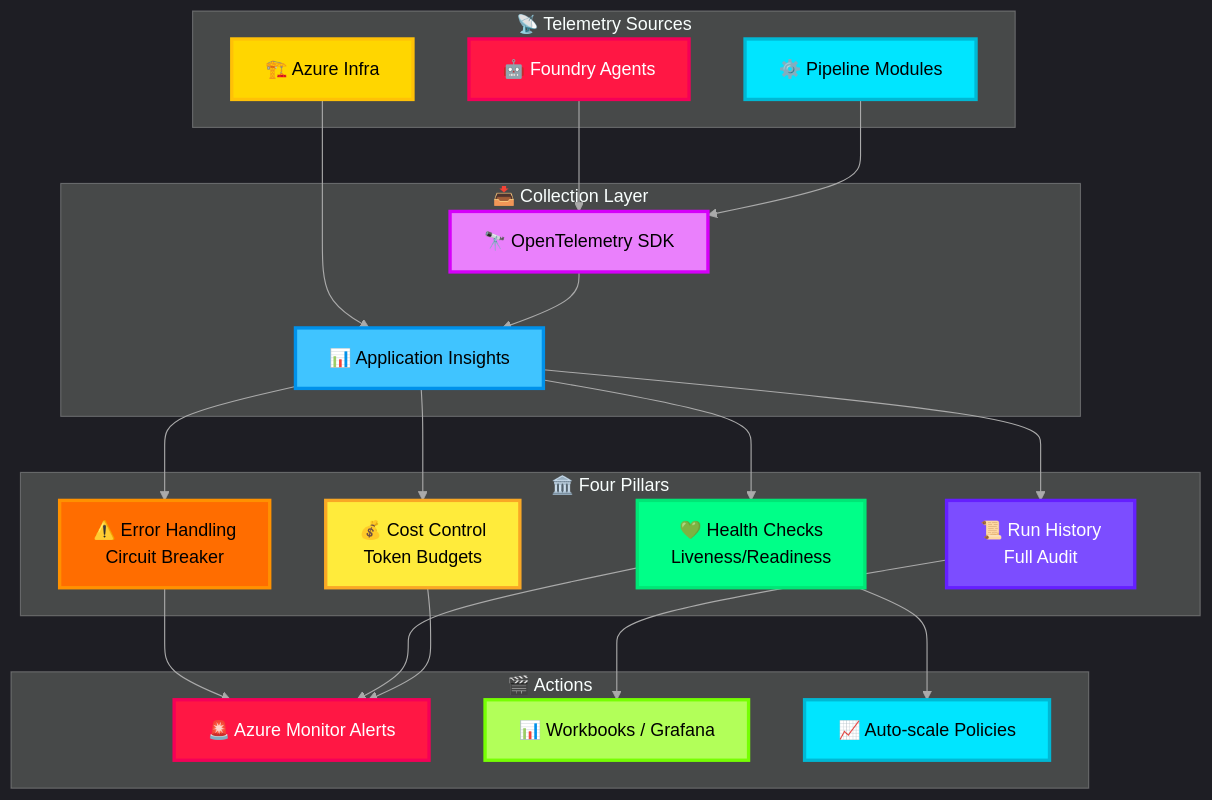
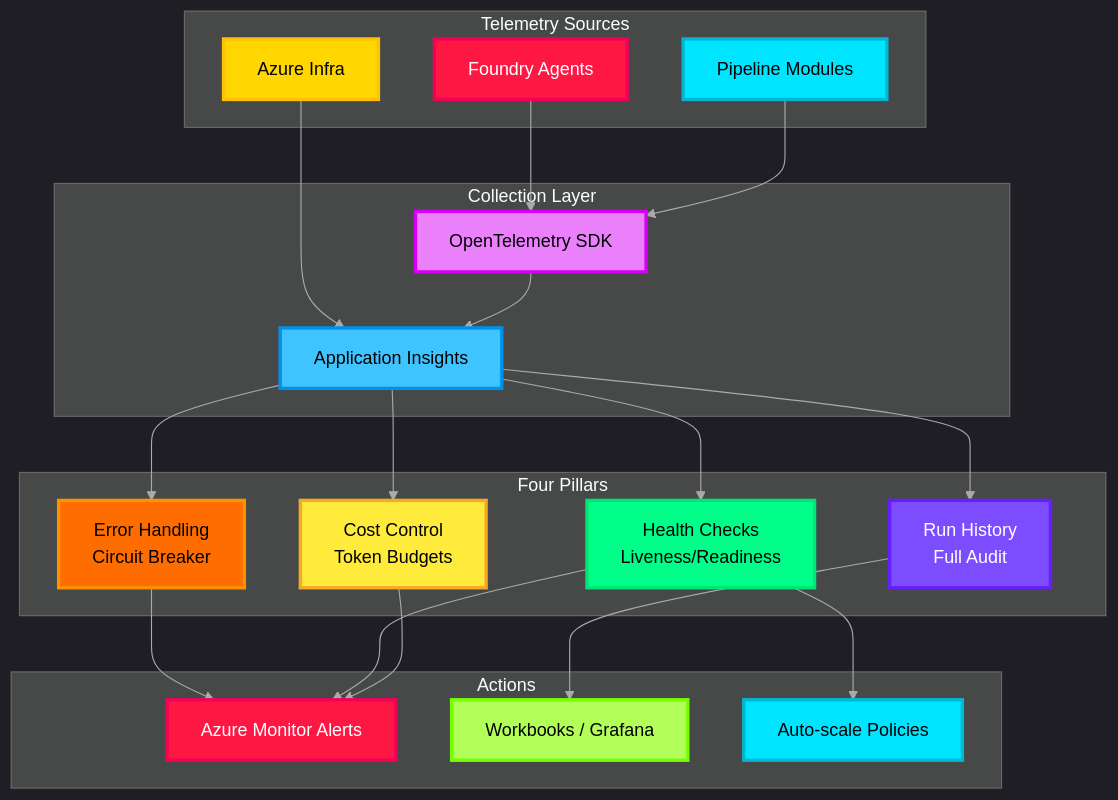
Before and after one commit to thanhauco/agentic-ai-icm-system: the diagram in docs/13-observability-control.md, drawn with Mermaid. The commit also changed 1 other file, not shown here.

Commit message:
docs: Add initial documentation for all major system components of the agentic AI ICM system.

````diff
--- a/docs/13-observability-control.md
+++ b/docs/13-observability-control.md
@@ -9,51 +9,51 @@
 ```mermaid
 %%{init: {'theme': 'dark', 'themeVariables': {'lineColor': '#AAAAAA'}}}%%
 graph TD
-    subgraph Sources ["📡 Telemetry Sources"]
-        Agents["🤖 Foundry Agents"]
-        Modules["⚙️ Pipeline Modules"]
-        Infra["🏗️ Azure Infra"]
-    end
-    subgraph Collection ["📥 Collection Layer"]
-        OTel["🔭 OpenTelemetry SDK"]
-        AppIns["📊 Application Insights"]
-    end
-    subgraph Pillars ["🏛️ Four Pillars"]
-        EH["⚠️ Error Handling<br>Circuit Breaker"]
-        RH["📜 Run History<br>Full Audit"]
-        HC["💚 Health Checks<br>Liveness/Readiness"]
-        CC["💰 Cost Control<br>Token Budgets"]
-    end
-    subgraph Actions ["🎬 Actions"]
-        Alerts["🚨 Azure Monitor Alerts"]
-        Dashboard["📊 Workbooks / Grafana"]
-        AutoScale["📈 Auto-scale Policies"]
-    end
+ subgraph Sources ["Telemetry Sources"]
+ Agents["Foundry Agents"]
+ Modules["Pipeline Modules"]
+ Infra["Azure Infra"]
+ end
+ subgraph Collection ["Collection Layer"]
+ OTel["OpenTelemetry SDK"]
+ AppIns["Application Insights"]
+ end
+ subgraph Pillars ["Four Pillars"]
+ EH["Error Handling<br>Circuit Breaker"]
+ RH["Run History<br>Full Audit"]
+ HC["Health Checks<br>Liveness/Readiness"]
+ CC["Cost Control<br>Token Budgets"]
+ end
+ subgraph Actions ["Actions"]
+ Alerts["Azure Monitor Alerts"]
+ Dashboard["Workbooks / Grafana"]
+ AutoScale["Auto-scale Policies"]
+ end
 
-    Agents --> OTel
-    Modules --> OTel
-    Infra --> AppIns
-    OTel --> AppIns
-    AppIns --> EH
-    AppIns --> RH
-    AppIns --> HC
-    AppIns --> CC
-    EH --> Alerts
-    HC --> Alerts
-    CC --> Alerts
-    RH --> Dashboard
-    HC --> AutoScale
+ Agents --> OTel
+ Modules --> OTel
+ Infra --> AppIns
+ OTel --> AppIns
+ AppIns --> EH
+ AppIns --> RH
+ AppIns --> HC
+ AppIns --> CC
+ EH --> Alerts
+ HC --> Alerts
+ CC --> Alerts
+ RH --> Dashboard
+ HC --> AutoScale
 
-    style Agents fill:#FF1744,stroke:#F50057,stroke-width:3px,color:#fff
-    style Modules fill:#00E5FF,stroke:#00B8D4,stroke-width:3px,color:#000
-    style Infra fill:#FFD600,stroke:#FFC107,stroke-width:3px,color:#000
-    style OTel fill:#EA80FC,stroke:#D500F9,stroke-width:3px,color:#000
-    style AppIns fill:#40C4FF,stroke:#0091EA,stroke-width:3px,color:#000
-    style EH fill:#FF6D00,stroke:#FF9100,stroke-width:3px,color:#000
-    style RH fill:#7C4DFF,stroke:#651FFF,stroke-width:3px,color:#fff
-    style HC fill:#00FF88,stroke:#00E676,stroke-width:3px,color:#000
-    style CC fill:#FFEB3B,stroke:#F9A825,stroke-width:3px,color:#000
-    style Alerts fill:#FF1744,stroke:#F50057,stroke-width:3px,color:#fff
-    style Dashboard fill:#B2FF59,stroke:#76FF03,stroke-width:3px,color:#000
-    style AutoScale fill:#00E5FF,stroke:#00B8D4,stroke-width:3px,color:#000
+ style Agents fill:#FF1744,stroke:#F50057,stroke-width:3px,color:#fff
+ style Modules fill:#00E5FF,stroke:#00B8D4,stroke-width:3px,color:#000
+ style Infra fill:#FFD600,stroke:#FFC107,stroke-width:3px,color:#000
+ style OTel fill:#EA80FC,stroke:#D500F9,stroke-width:3px,color:#000
+ style AppIns fill:#40C4FF,stroke:#0091EA,stroke-width:3px,color:#000
+ style EH fill:#FF6D00,stroke:#FF9100,stroke-width:3px,color:#000
+ style RH fill:#7C4DFF,stroke:#651FFF,stroke-width:3px,color:#fff
+ style HC fill:#00FF88,stroke:#00E676,stroke-width:3px,color:#000
+ style CC fill:#FFEB3B,stroke:#F9A825,stroke-width:3px,color:#000
+ style Alerts fill:#FF1744,stroke:#F50057,stroke-width:3px,color:#fff
+ style Dashboard fill:#B2FF59,stroke:#76FF03,stroke-width:3px,color:#000
+ style AutoScale fill:#00E5FF,stroke:#00B8D4,stroke-width:3px,color:#000
 ```
````
